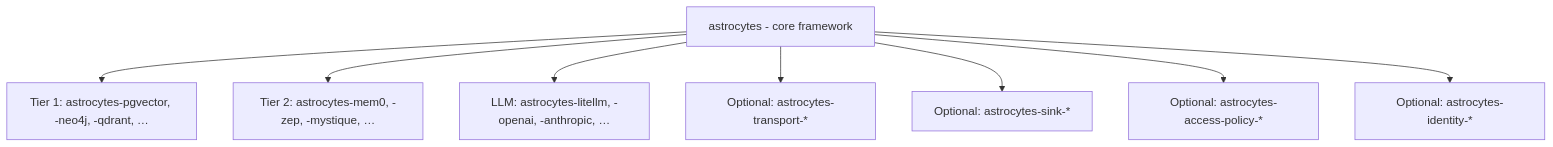
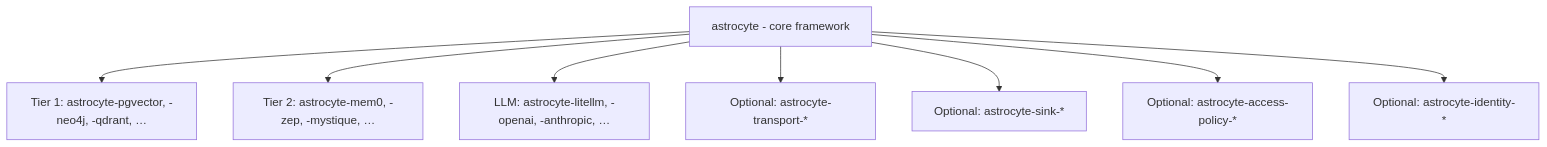
The diagram in docs/_plugins/ecosystem-and-packaging.md (AstrocyteAI/astrocyte), drawn with Mermaid before and after one commit. The commit also changed other lines of this file and 253 other files, not shown here.

Commit message:
rename astrocytes to astrocyte for pypi registration

````diff
--- a/docs/_plugins/ecosystem-and-packaging.md
+++ b/docs/_plugins/ecosystem-and-packaging.md
@@ -38,18 +38,18 @@
 ```mermaid
 flowchart TB
-  CORE["astrocytes - core framework"]
-  T1["Tier 1: astrocytes-pgvector, -neo4j, -qdrant, …"]
-  T2["Tier 2: astrocytes-mem0, -zep, -mystique, …"]
-  LLM["LLM: astrocytes-litellm, -openai, -anthropic, …"]
-  TR["Optional: astrocytes-transport-*"]
-  SK["Optional: astrocytes-sink-*"]
-  AP["Optional: astrocytes-access-policy-*"]
-  ID["Optional: astrocytes-identity-*"]
+  CORE["astrocyte - core framework"]
+  T1["Tier 1: astrocyte-pgvector, -neo4j, -qdrant, …"]
+  T2["Tier 2: astrocyte-mem0, -zep, -mystique, …"]
+  LLM["LLM: astrocyte-litellm, -openai, -anthropic, …"]
+  TR["Optional: astrocyte-transport-*"]
+  SK["Optional: astrocyte-sink-*"]
+  AP["Optional: astrocyte-access-policy-*"]
+  ID["Optional: astrocyte-identity-*"]
   CORE --> T1
   CORE --> T2
   CORE --> LLM
   CORE --> TR
   CORE --> SK
   CORE --> AP
   CORE --> ID
 ```
````
